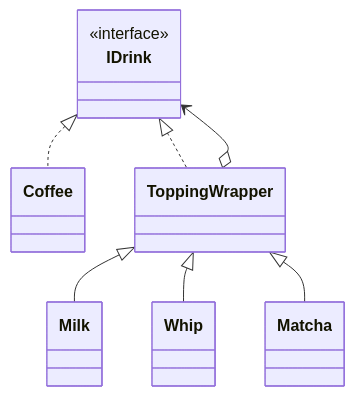
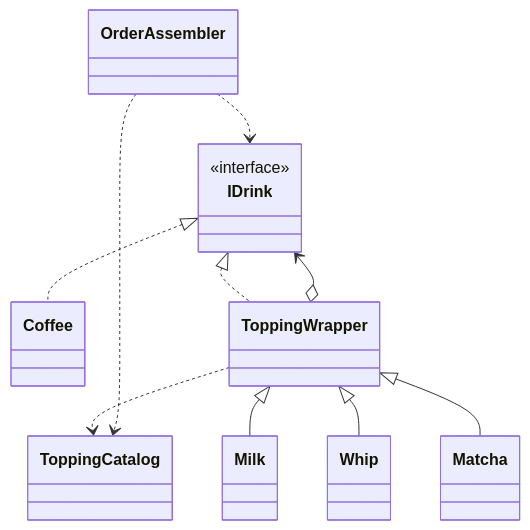
The sixth of 10 diagrams in kindle/design-patterns/output/chapter06.md (kumachan1101-pixel/DesignPattern), drawn with Mermaid before and after one commit. The commit also changed other lines of this file, not shown here.

````diff
--- a/kindle/design-patterns/output/chapter06.md
+++ b/kindle/design-patterns/output/chapter06.md
@@ -1544,15 +1560,20 @@
 ```mermaid
 classDiagram
     class IDrink { <<interface>> }
     class Coffee
     class ToppingWrapper
     class Milk
     class Whip
     class Matcha
+    class ToppingCatalog
+    class OrderAssembler
     IDrink <|.. Coffee
     IDrink <|.. ToppingWrapper
     ToppingWrapper o--> IDrink
     ToppingWrapper <|-- Milk
     ToppingWrapper <|-- Whip
     ToppingWrapper <|-- Matcha
+    ToppingWrapper ..> ToppingCatalog
+    OrderAssembler ..> ToppingCatalog
+    OrderAssembler ..> IDrink
 ```
````
